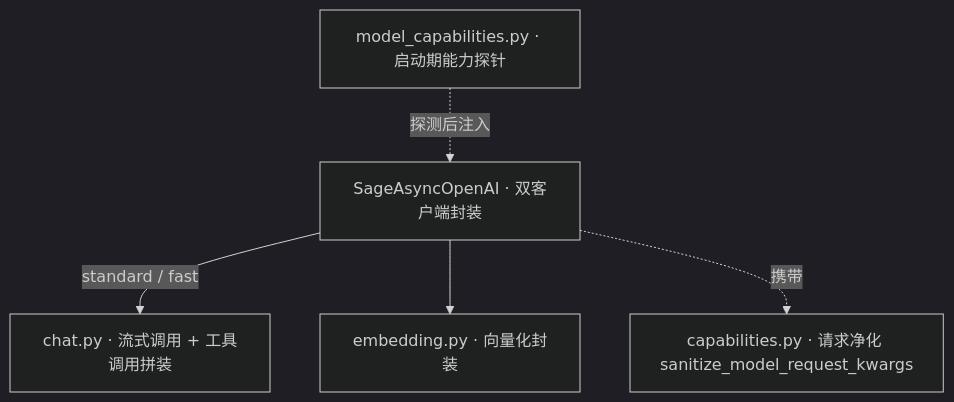
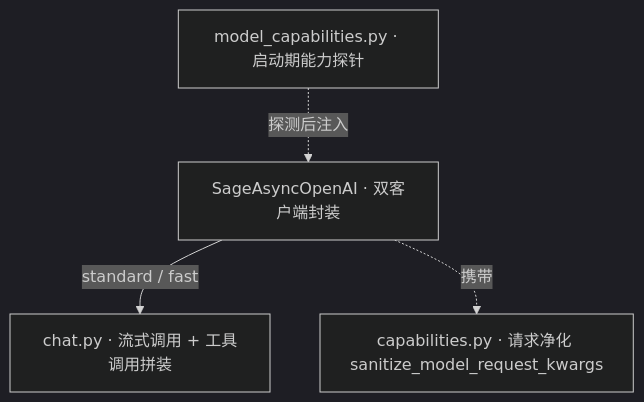
Before and after one commit to ZHangZHengEric/Sage: the sixth of 13 diagrams in docs/zh/architecture/ARCHITECTURE_SAGENTS_SANDBOX_OBS.md, drawn with Mermaid (dark theme). The commit also changed 111 other files, not shown here.

````diff
--- a/docs/zh/architecture/ARCHITECTURE_SAGENTS_SANDBOX_OBS.md
+++ b/docs/zh/architecture/ARCHITECTURE_SAGENTS_SANDBOX_OBS.md
@@ -129,13 +129,11 @@
 ```mermaid
 flowchart TB
     SAOAI[SageAsyncOpenAI · 双客户端封装]
     Chat[chat.py · 流式调用 + 工具调用拼装]
-    Embed[embedding.py · 向量化封装]
     Cap[capabilities.py · 请求净化 sanitize_model_request_kwargs]
     MCap[model_capabilities.py · 启动期能力探针]
 
     SAOAI -->|standard / fast| Chat
-    SAOAI --> Embed
     SAOAI -.携带.-> Cap
     MCap -.探测后注入.-> SAOAI
 ```
````
